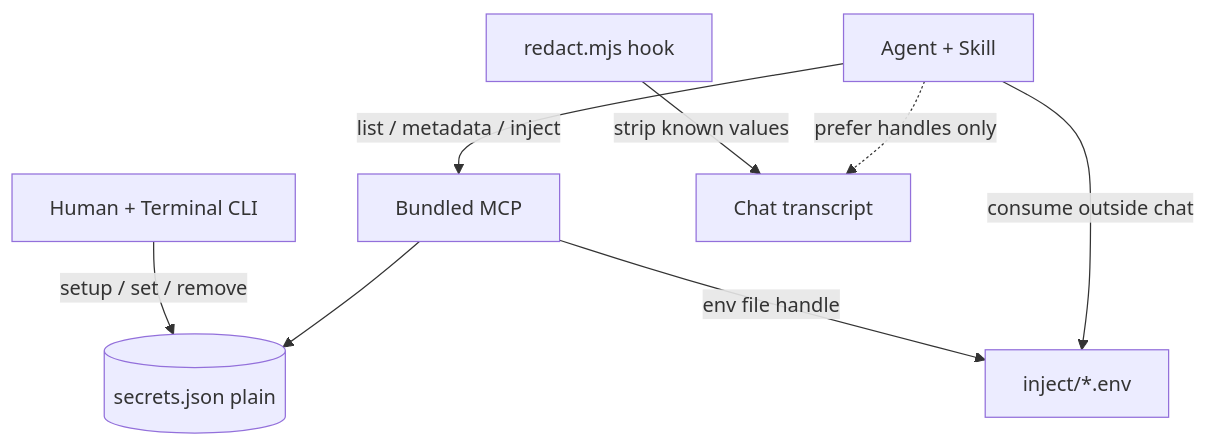
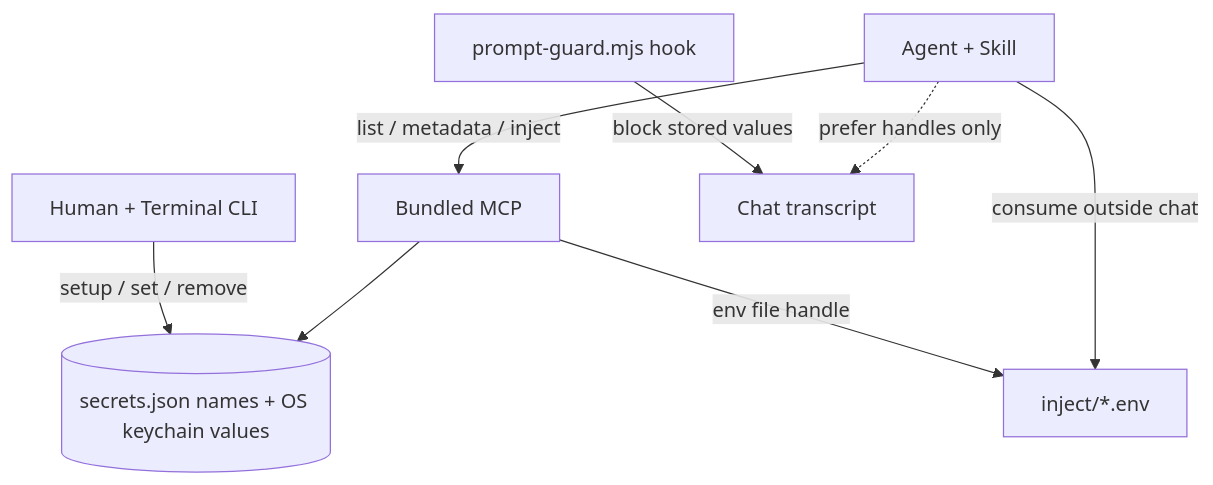
The diagram in README.md (vishnutvm/password-space), drawn with Mermaid before and after one commit. The commit also changed other lines of this file and 7 other files, not shown here.

````diff
--- a/README.md
+++ b/README.md
@@ -190,10 +233,10 @@
 ```mermaid
 flowchart TB
-  Human[Human + Terminal CLI] -->|setup / set / remove| Store[(secrets.json plain)]
+  Human[Human + Terminal CLI] -->|setup / set / remove| Store[(secrets.json names + OS keychain values)]
   Agent[Agent + Skill] -->|list / metadata / inject| MCP[Bundled MCP]
   MCP --> Store
   MCP -->|env file handle| Inject[inject/*.env]
   Agent -->|consume outside chat| Inject
-  Hook[redact.mjs hook] -->|strip known values| Chat[Chat transcript]
+  Hook[prompt-guard.mjs hook] -->|block stored values| Chat[Chat transcript]
   Agent -.->|prefer handles only| Chat
 ```
````
